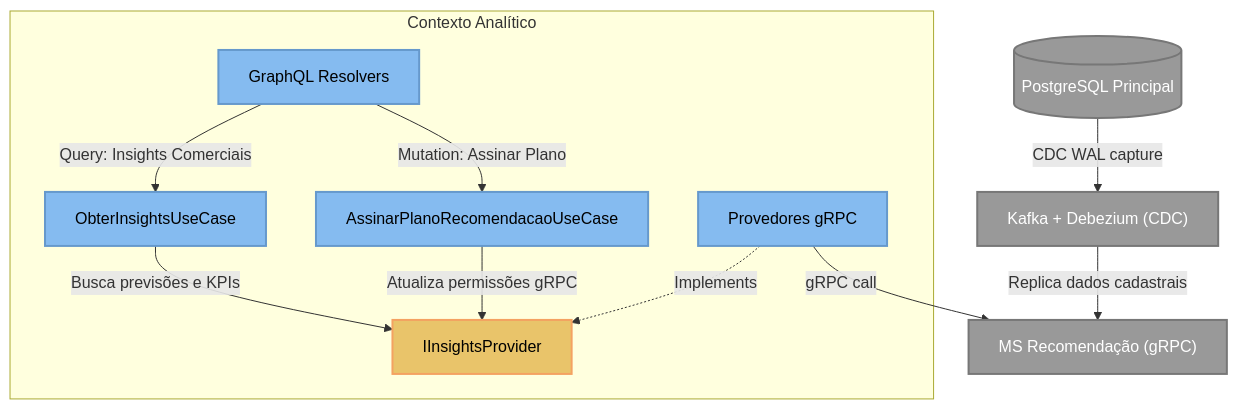
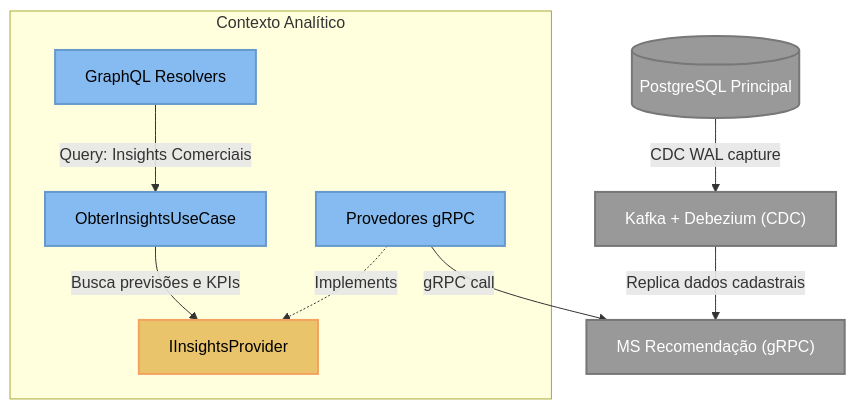
One commit to arthurair3s/arquitetura-de-software changed the fourth of 5 diagrams in docs/diagramas/c3/c4_l3_component.md. Above: the diagram before and after it, drawn with Mermaid. The commit also changed other lines of this file and 6 other files, not shown here.

Commit message:
docs: update C4 diagrams (C1, C2, C3) in markdown and plantuml, update README.md with driver app and roadmap

````diff
--- a/docs/diagramas/c3/c4_l3_component.md
+++ b/docs/diagramas/c3/c4_l3_component.md
@@ -165,36 +177,33 @@
 ```mermaid
 graph TB
     %% Styling
     classDef comp fill:#85bbf0,stroke:#6699cc,stroke-width:2px,color:#000;
     classDef port fill:#e9c46a,stroke:#f4a261,stroke-width:2px,color:#000;
     classDef ext fill:#999999,stroke:#777777,stroke-width:2px,color:#fff;
 
     ms_recomendacao["MS Recomendação (gRPC)"]:::ext
     kafka_cdc["Kafka + Debezium (CDC)"]:::ext
     db_postgres[("PostgreSQL Principal")]:::ext
 
     subgraph analytics_context ["Contexto Analítico"]
         resolvers["GraphQL Resolvers"]:::comp
         
-        uc_assinatura["AssinarPlanoRecomendacaoUseCase"]:::comp
         uc_insights["ObterInsightsUseCase"]:::comp
 
         i_insights_provider["IInsightsProvider"]:::port
 
         grpc_providers["Provedores gRPC"]:::comp
     end
 
     %% Flows
-    resolvers -->|"Mutation: Assinar Plano"| uc_assinatura
     resolvers -->|"Query: Insights Comerciais"| uc_insights
 
     uc_insights -->|Busca previsões e KPIs| i_insights_provider
-    uc_assinatura -->|Atualiza permissões gRPC| i_insights_provider
 
     grpc_providers -.->|Implements| i_insights_provider
     grpc_providers -->|gRPC call| ms_recomendacao
 
     %% CDC flow
     db_postgres -->|CDC WAL capture| kafka_cdc
     kafka_cdc -->|Replica dados cadastrais| ms_recomendacao
 ```
````
